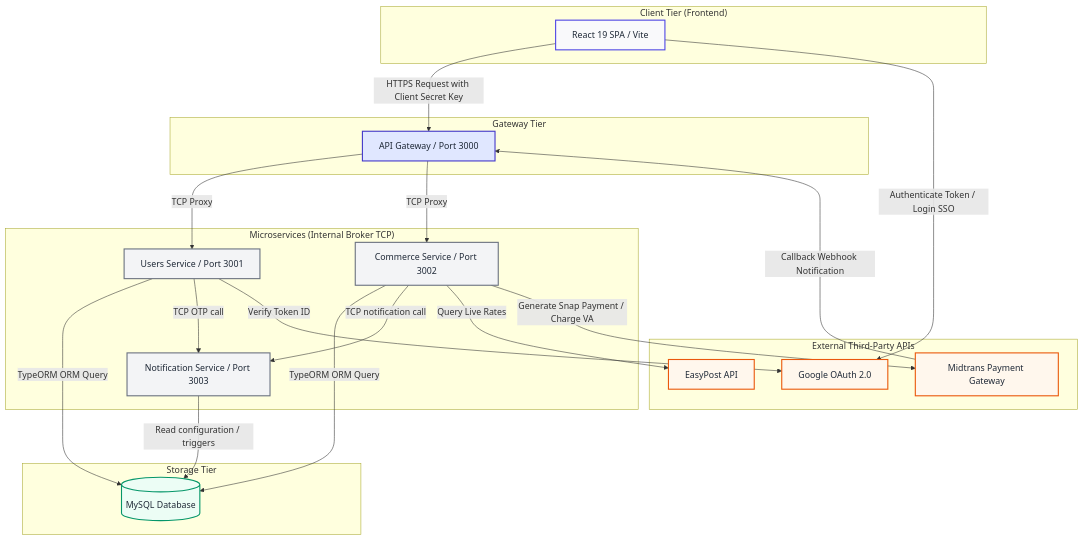
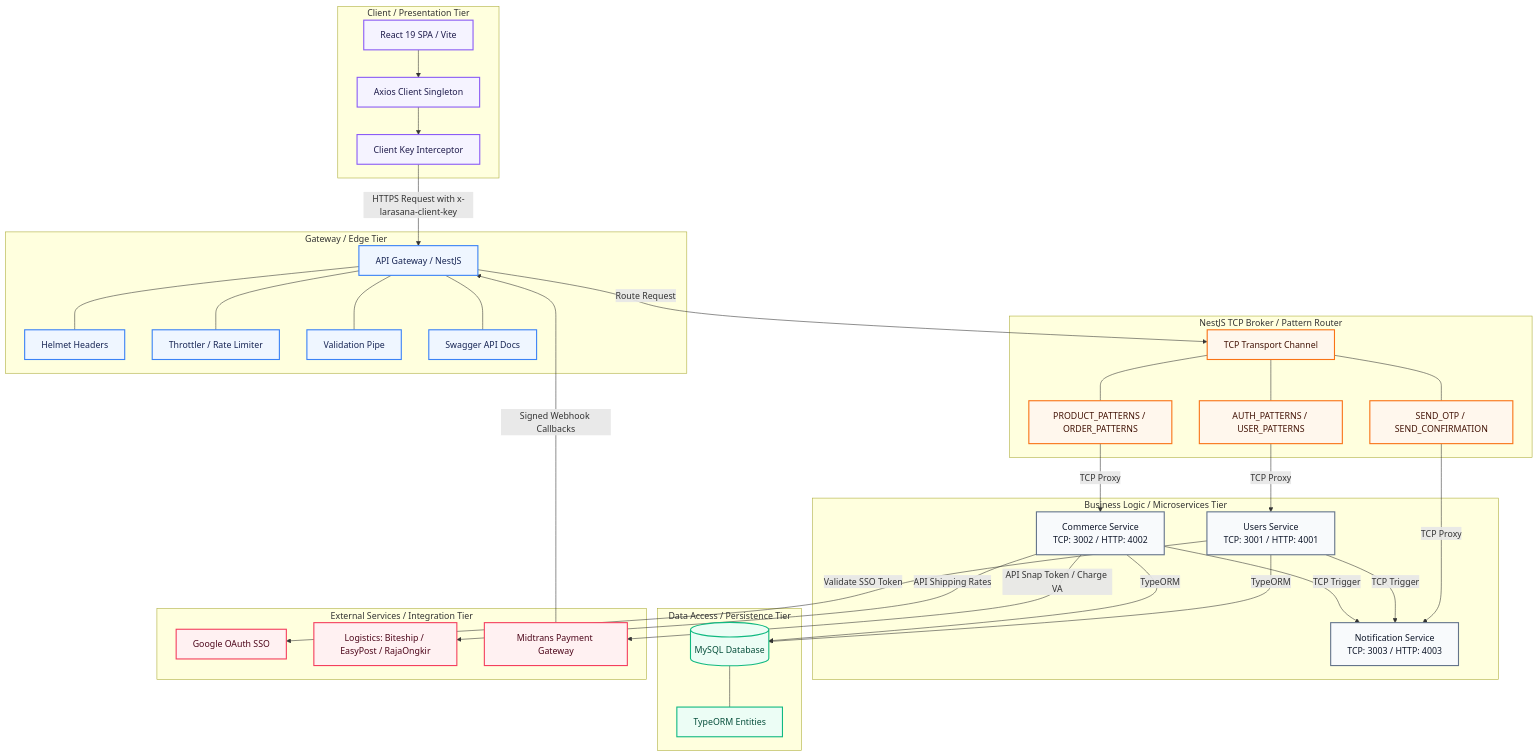
One commit to SERAVEEM/Larasana-React-nest changed the first of 2 diagrams in README.md. Above: the diagram before and after it, drawn with Mermaid. The commit also changed 1 other file, not shown here.

Commit message:
docs: synchronize detailed architecture diagram in root and backend READMEs

````diff
--- a/README.md
+++ b/README.md
@@ -93,56 +93,88 @@
 ```mermaid
 graph TD
-    %% Styling
-    classDef client fill:#f9f9fb,stroke:#4f46e5,stroke-width:2px,color:#1f2937;
-    classDef gateway fill:#e0e7ff,stroke:#4338ca,stroke-width:2px,color:#1f2937;
-    classDef service fill:#f3f4f6,stroke:#6b7280,stroke-width:2px,color:#1f2937;
-    classDef db fill:#ecfdf5,stroke:#059669,stroke-width:2px,color:#1f2937;
-    classDef ext fill:#fff7ed,stroke:#ea580c,stroke-width:2px,color:#1f2937;
+    %% Styling and Palettes
+    classDef client fill:#f5f3ff,stroke:#8b5cf6,stroke-width:2px,color:#1e1b4b;
+    classDef gateway fill:#eff6ff,stroke:#3b82f6,stroke-width:2px,color:#172554;
+    classDef broker fill:#fff7ed,stroke:#f97316,stroke-width:2px,color:#431407;
+    classDef service fill:#f8fafc,stroke:#64748b,stroke-width:2px,color:#0f172a;
+    classDef storage fill:#ecfdf5,stroke:#10b981,stroke-width:2px,color:#064e3b;
+    classDef external fill:#fff1f2,stroke:#f43f5e,stroke-width:2px,color:#4c0519;
 
-    subgraph Client ["Client Tier (Frontend)"]
+    %% 1. Client Tier
+    subgraph ClientTier ["Client / Presentation Tier"]
         FE[React 19 SPA / Vite]:::client
+        AX[Axios Client Singleton]:::client
+        SEC[Client Key Interceptor]:::client
+        FE --> AX
+        AX --> SEC
     end
 
-    subgraph Gateway ["Gateway Tier"]
-        GW[API Gateway / Port 3000]:::gateway
+    %% 2. Gateway Tier
+    subgraph GatewayTier ["Gateway / Edge Tier"]
+        GW[API Gateway / NestJS]:::gateway
+        HL[Helmet Headers]:::gateway
+        TH[Throttler / Rate Limiter]:::gateway
+        VAL[Validation Pipe]:::gateway
+        SW[Swagger API Docs]:::gateway
+        
+        GW --- HL
+        GW --- TH
+        GW --- VAL
+        GW --- SW
     end
 
-    subgraph Microservices ["Microservices (Internal Broker TCP)"]
-        US[Users Service / Port 3001]:::service
-        CS[Commerce Service / Port 3002]:::service
-        NS[Notification Service / Port 3003]:::service
+    %% 3. TCP Communication / Pattern Broker
+    subgraph BrokerTier ["NestJS TCP Broker / Pattern Router"]
+        TCP[TCP Transport Channel]:::broker
+        UP_PAT["AUTH_PATTERNS / USER_PATTERNS"]:::broker
+        COM_PAT["PRODUCT_PATTERNS / ORDER_PATTERNS"]:::broker
+        NOT_PAT["SEND_OTP / SEND_CONFIRMATION"]:::broker
+        
+        TCP --- UP_PAT
+        TCP --- COM_PAT
+        TCP --- NOT_PAT
     end
 
-    subgraph Storage ["Storage Tier"]
-        DB[(MySQL Database)]:::db
+    %% 4. Microservices Tier
+    subgraph ServicesTier ["Business Logic / Microservices Tier"]
+        US[Users Service <br> TCP: 3001 / HTTP: 4001]:::service
+        CS[Commerce Service <br> TCP: 3002 / HTTP: 4002]:::service
+        NS[Notification Service <br> TCP: 3003 / HTTP: 4003]:::service
     end
 
-    subgraph External ["External Third-Party APIs"]
-        GAuth[Google OAuth 2.0]:::ext
-        EasyPost[EasyPost API]:::ext
-        Midtrans[Midtrans Payment Gateway]:::ext
+    %% 5. Storage Tier
+    subgraph StorageTier ["Data Access / Persistence Tier"]
+        DB[(MySQL Database)]:::storage
+        ORM[TypeORM Entities]:::storage
+        DB --- ORM
     end
 
-    %% Client Interactions
-    FE -->|HTTPS Request with Client Secret Key| GW
-    FE -->|Authenticate Token / Login SSO| GAuth
+    %% 6. External Tiers
+    subgraph ExtTier ["External Services / Integration Tier"]
+        GAuth[Google OAuth SSO]:::external
+        Ship[Logistics: Biteship / EasyPost / RajaOngkir]:::external
+        Mid[Midtrans Payment Gateway]:::external
+    end
 
-    %% Gateway Routing
-    GW -->|TCP Proxy| US
-    GW -->|TCP Proxy| CS
+    %% Flow Connections
+    SEC -->|HTTPS Request with x-larasana-client-key| GW
+    
+    GW -->|Route Request| TCP
+    
+    UP_PAT -->|TCP Proxy| US
+    COM_PAT -->|TCP Proxy| CS
+    NOT_PAT -->|TCP Proxy| NS
+    
+    US -->|TypeORM| DB
+    CS -->|TypeORM| DB
+    
+    %% Inter-service calls
+    US -->|TCP Trigger| NS
+    CS -->|TCP Trigger| NS
 
-    %% Service Database Connectivity
-    US -->|TypeORM ORM Query| DB
-    CS -->|TypeORM ORM Query| DB
-    NS -->|Read configuration / triggers| DB
-
-    %% Service-to-Service Async notifications
-    CS -->|TCP notification call| NS
-    US -->|TCP OTP call| NS
-
-    %% External Calls
-    US -->|Verify Token ID| GAuth
-    CS -->|Query Live Rates| EasyPost
-    CS -->|Generate Snap Payment / Charge VA| Midtrans
-    Midtrans -->|Callback Webhook Notification| GW
+    %% External Integrations
+    US -->|Validate SSO Token| GAuth
+    CS -->|API Shipping Rates| Ship
+    CS -->|API Snap Token / Charge VA| Mid
+    Mid -->|Signed Webhook Callbacks| GW
 ```
````
